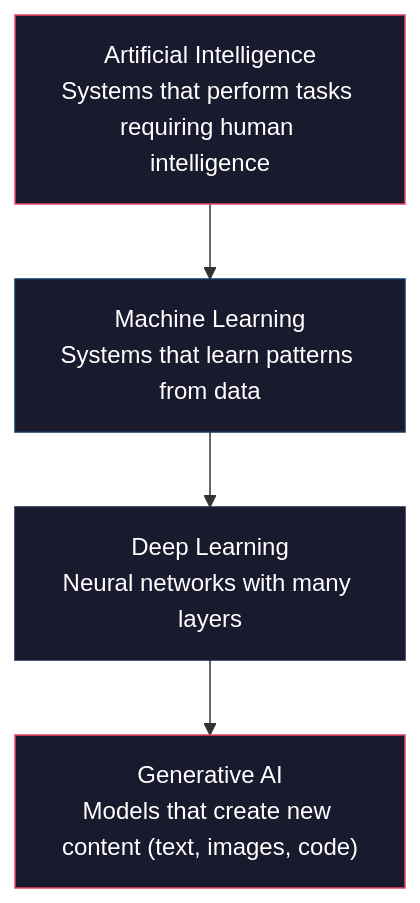
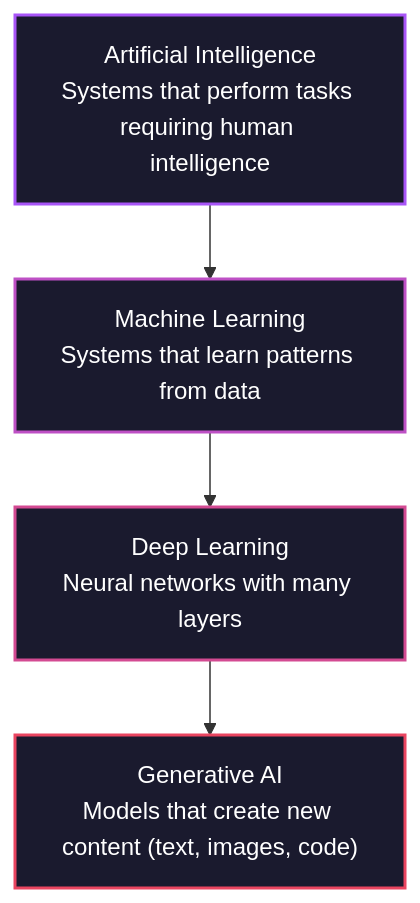
Before and after one commit to ALL-Applied-AI-Network/aain-content: the first of 2 diagrams in learning/foundations/what-is-ai/what-is-ai.md, drawn with Mermaid. The commit also changed other lines of this file and 2 other files, not shown here.

First line of the commit message:
Improve mermaid diagram styling and fix container class mismatch

````diff
--- a/learning/foundations/what-is-ai/what-is-ai.md
+++ b/learning/foundations/what-is-ai/what-is-ai.md
@@ -24,16 +24,16 @@
 ```mermaid
 graph TD
     AI["Artificial Intelligence<br/>Systems that perform tasks requiring human intelligence"]
     ML["Machine Learning<br/>Systems that learn patterns from data"]
     DL["Deep Learning<br/>Neural networks with many layers"]
     GenAI["Generative AI<br/>Models that create new content (text, images, code)"]
 
     AI --> ML
     ML --> DL
     DL --> GenAI
 
-    style AI fill:#1a1a2e,stroke:#e94560,color:#fff
-    style ML fill:#1a1a2e,stroke:#0f3460,color:#fff
-    style DL fill:#1a1a2e,stroke:#16213e,color:#fff
-    style GenAI fill:#1a1a2e,stroke:#e94560,color:#fff
+    style AI fill:#1a1a2e,stroke:#a855f7,stroke-width:2px,color:#fff
+    style ML fill:#1a1a2e,stroke:#be50c5,stroke-width:2px,color:#fff
+    style DL fill:#1a1a2e,stroke:#d34a92,stroke-width:2px,color:#fff
+    style GenAI fill:#1a1a2e,stroke:#e94560,stroke-width:2px,color:#fff
 ```
````
